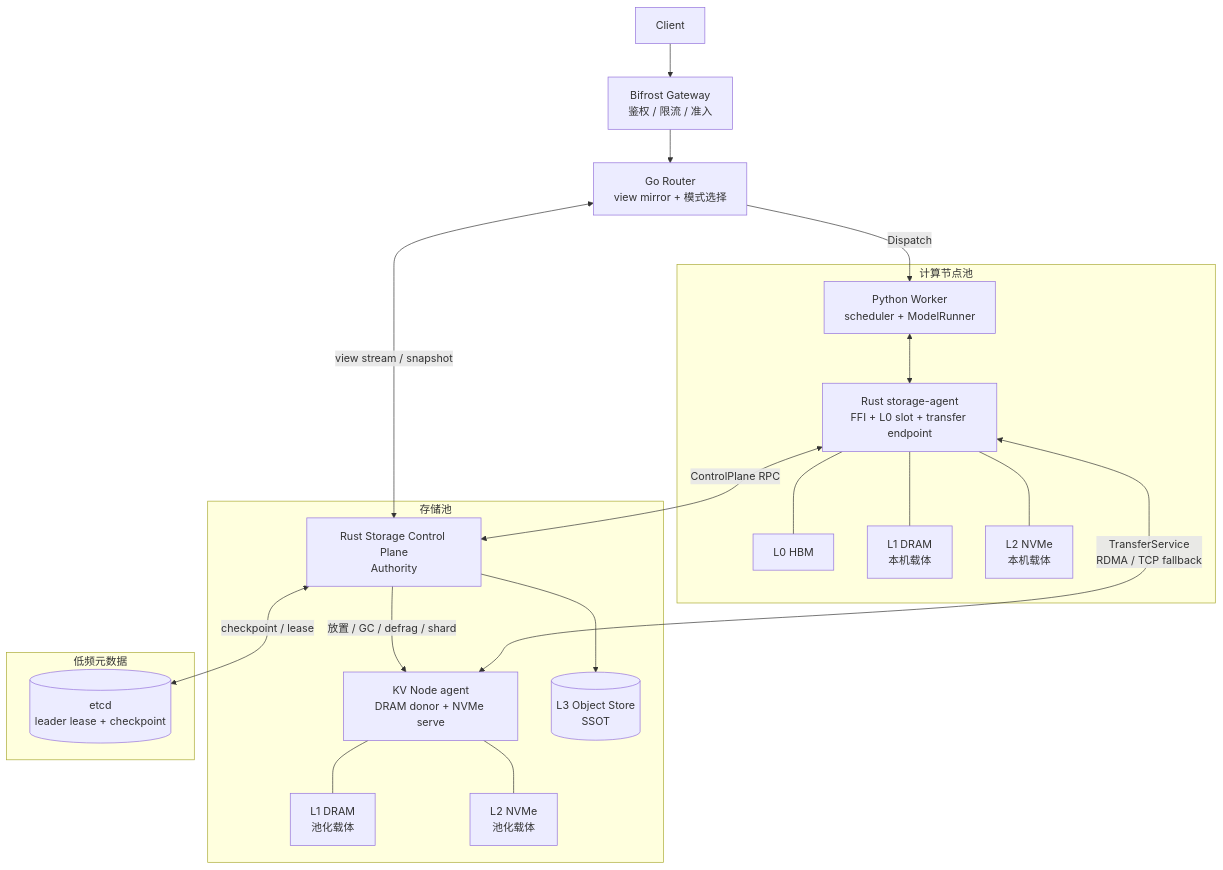
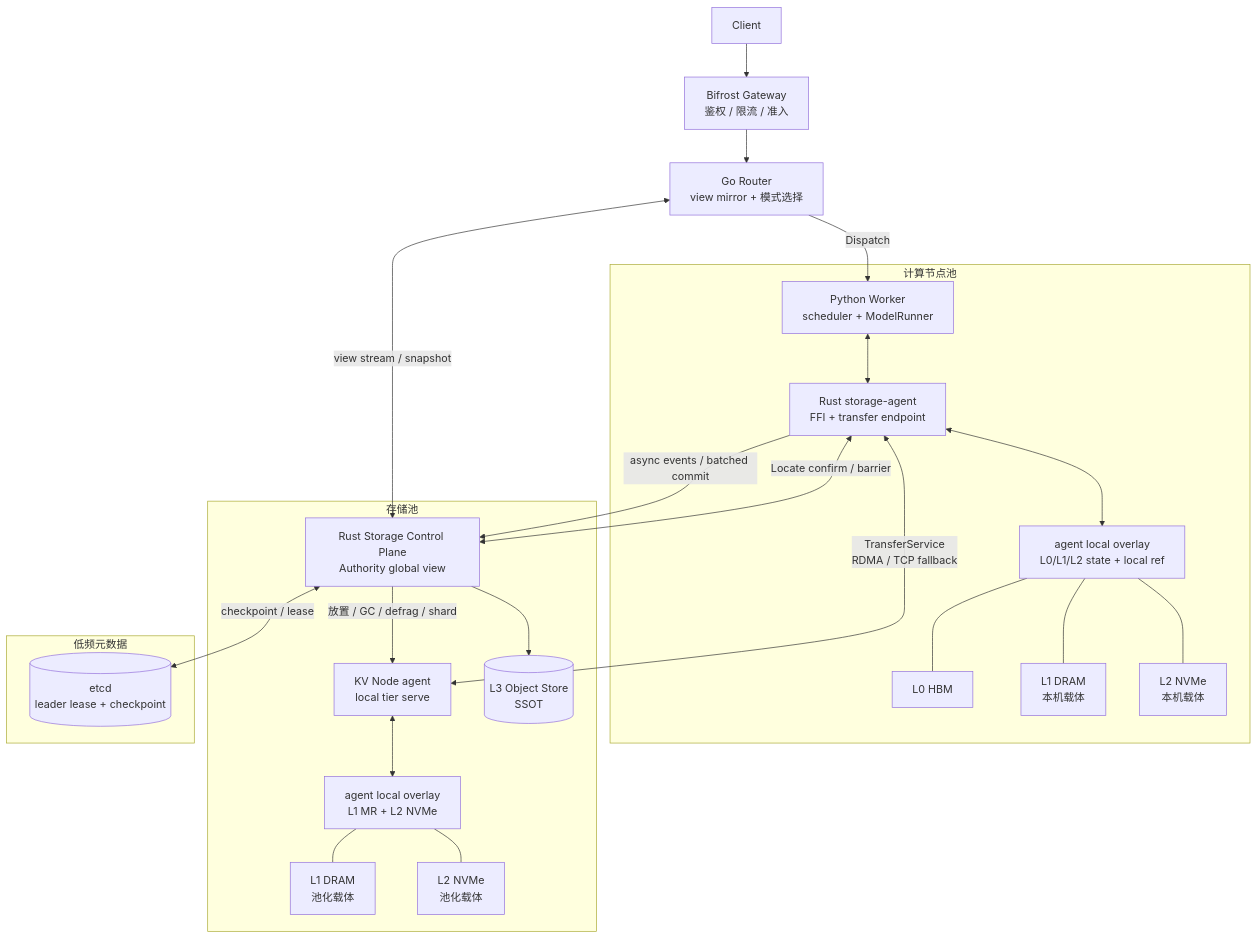
The diagram in docs/architecture/overview.md (chengda-wu/lake), drawn with Mermaid before and after one commit. The commit also changed other lines of this file and 3 other files, not shown here.

First line of the commit message:
docs(P4): 明确 agent local overlay 边界

````diff
--- a/docs/architecture/overview.md
+++ b/docs/architecture/overview.md
@@ -7,39 +7,44 @@
 ```mermaid
 flowchart TB
     client["Client"] --> gateway["Bifrost Gateway\n鉴权 / 限流 / 准入"]
     gateway --> router["Go Router\nview mirror + 模式选择"]
 
     subgraph computePool["计算节点池"]
         worker["Python Worker\nscheduler + ModelRunner"]
-        agent["Rust storage-agent\nFFI + L0 slot + transfer endpoint"]
+        agent["Rust storage-agent\nFFI + transfer endpoint"]
+        localOverlay["agent local overlay\nL0/L1/L2 state + local ref"]
         l0["L0 HBM"]
         l1Local["L1 DRAM\n本机载体"]
         l2Local["L2 NVMe\n本机载体"]
         worker <--> agent
-        agent --- l0
-        agent --- l1Local
-        agent --- l2Local
+        agent <--> localOverlay
+        localOverlay --- l0
+        localOverlay --- l1Local
+        localOverlay --- l2Local
     end
 
     subgraph storagePool["存储池"]
-        storageCp["Rust Storage Control Plane\nAuthority"]
-        kvAgent["KV Node agent\nDRAM donor + NVMe serve"]
+        storageCp["Rust Storage Control Plane\nAuthority global view"]
+        kvAgent["KV Node agent\nlocal tier serve"]
+        kvOverlay["agent local overlay\nL1 MR + L2 NVMe"]
         l1Remote["L1 DRAM\n池化载体"]
         l2Remote["L2 NVMe\n池化载体"]
         objectStore[("L3 Object Store\nSSOT")]
         storageCp -->|"放置 / GC / defrag / shard"| kvAgent
-        kvAgent --- l1Remote
-        kvAgent --- l2Remote
+        kvAgent <--> kvOverlay
+        kvOverlay --- l1Remote
+        kvOverlay --- l2Remote
         storageCp --> objectStore
     end
 
     subgraph metadata["低频元数据"]
         etcd[("etcd\nleader lease + checkpoint")]
     end
 
     router -->|"Dispatch"| worker
     router <-->|"view stream / snapshot"| storageCp
-    agent <-->|"ControlPlane RPC"| storageCp
+    agent -->|"async events / batched commit"| storageCp
+    agent <-->|"Locate confirm / barrier"| storageCp
     agent <-->|"TransferService\nRDMA / TCP fallback"| kvAgent
     storageCp <-->|"checkpoint / lease"| etcd
 ```
````
